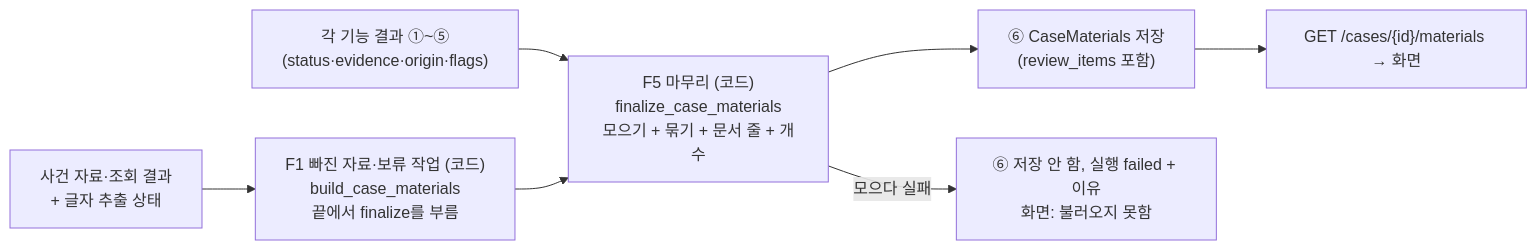
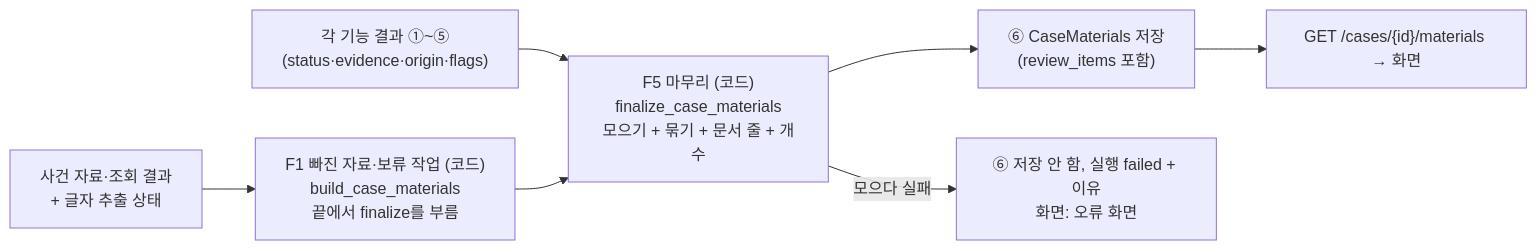
One commit to merge-mates/patent-ai-workspace changed the diagram in docs/features/F5/design.md. Above: the diagram before and after it, drawn with Mermaid. The commit also changed other lines of this file and 2 other files, not shown here.

````diff
--- a/docs/features/F5/design.md
+++ b/docs/features/F5/design.md
@@ -30,9 +30,9 @@
 ```mermaid
 flowchart LR
     A["각 기능 결과 ①~⑤<br/>(status·evidence·origin·flags)"] --> B["F5 마무리 (코드)<br/>finalize_case_materials<br/>모으기 + 묶기 + 문서 줄 + 개수"]
     M["사건 자료·조회 결과<br/>+ 글자 추출 상태"] --> C["F1 빠진 자료·보류 작업 (코드)<br/>build_case_materials<br/>끝에서 finalize를 부름"]
     C --> B
     B --> D["⑥ CaseMaterials 저장<br/>(review_items 포함)"]
     D --> E["GET /cases/{id}/materials → 화면"]
-    B -- 모으다 실패 --> F["⑥ 저장 안 함, 실행 failed + 이유<br/>화면: 불러오지 못함"]
+    B -- 모으다 실패 --> F["⑥ 저장 안 함, 실행 failed + 이유<br/>화면: 오류 화면"]
 ```
````
